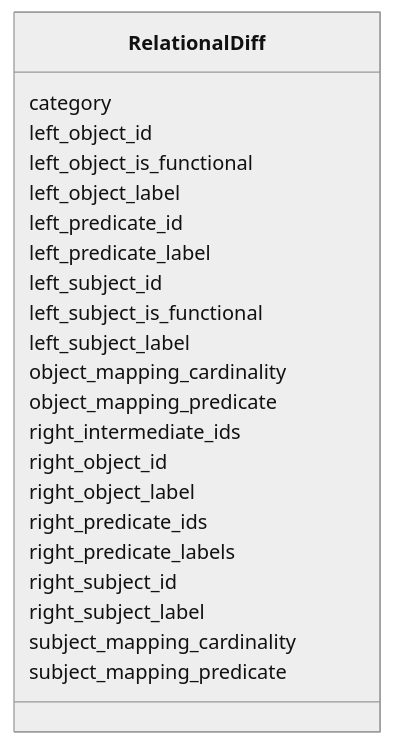
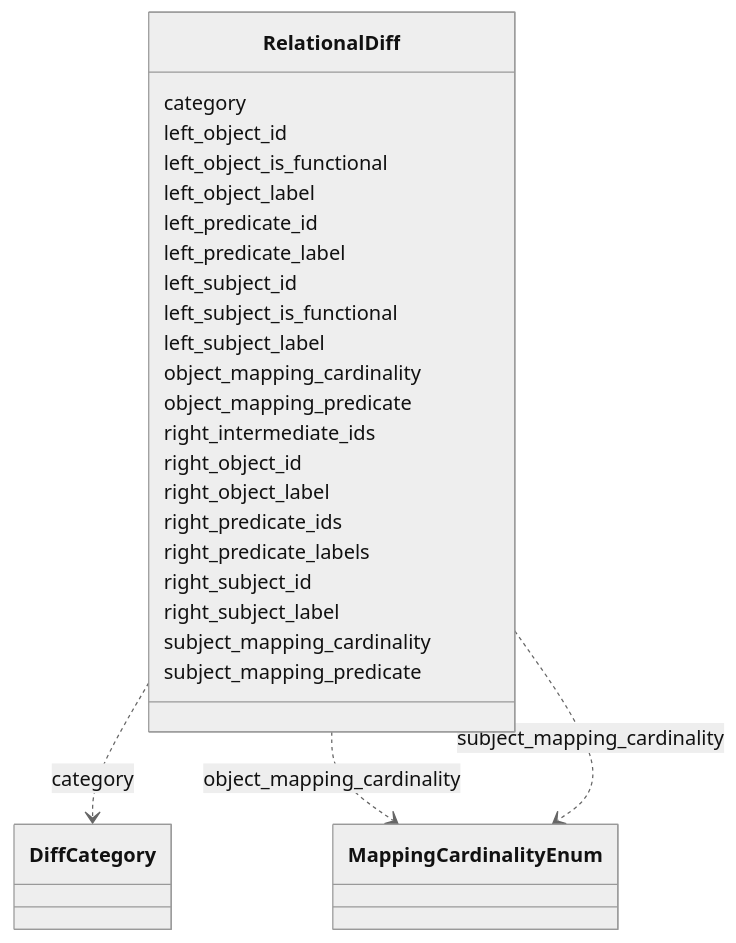
The diagram in cross-ontology-diff/RelationalDiff.md (INCATools/ontology-access-kit), drawn with Mermaid (neutral theme) before and after one commit. The commit also changed other lines of this file and 1783 other files, not shown here.

````diff
--- a/cross-ontology-diff/RelationalDiff.md
+++ b/cross-ontology-diff/RelationalDiff.md
@@ -35,25 +35,51 @@
 ```{mermaid}
  classDiagram
     class RelationalDiff
       RelationalDiff : category
+        
+          RelationalDiff ..> DiffCategory : category
+        
       RelationalDiff : left_object_id
+        
       RelationalDiff : left_object_is_functional
+        
       RelationalDiff : left_object_label
+        
       RelationalDiff : left_predicate_id
+        
       RelationalDiff : left_predicate_label
+        
       RelationalDiff : left_subject_id
+        
       RelationalDiff : left_subject_is_functional
+        
       RelationalDiff : left_subject_label
+        
       RelationalDiff : object_mapping_cardinality
+        
+          RelationalDiff ..> MappingCardinalityEnum : object_mapping_cardinality
+        
       RelationalDiff : object_mapping_predicate
+        
       RelationalDiff : right_intermediate_ids
+        
       RelationalDiff : right_object_id
+        
       RelationalDiff : right_object_label
+        
       RelationalDiff : right_predicate_ids
+        
       RelationalDiff : right_predicate_labels
+        
       RelationalDiff : right_subject_id
+        
       RelationalDiff : right_subject_label
+        
       RelationalDiff : subject_mapping_cardinality
+        
+          RelationalDiff ..> MappingCardinalityEnum : subject_mapping_cardinality
+        
       RelationalDiff : subject_mapping_predicate
+        
       
 ```
````
